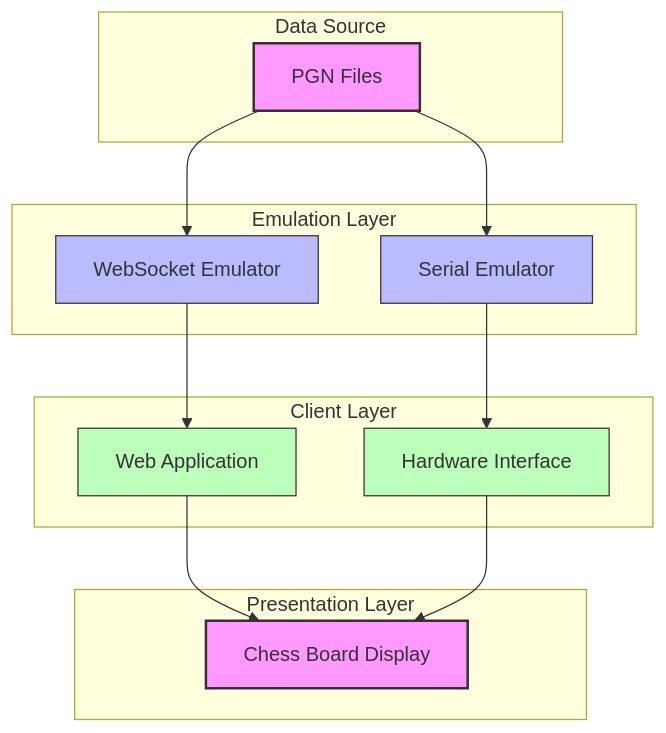
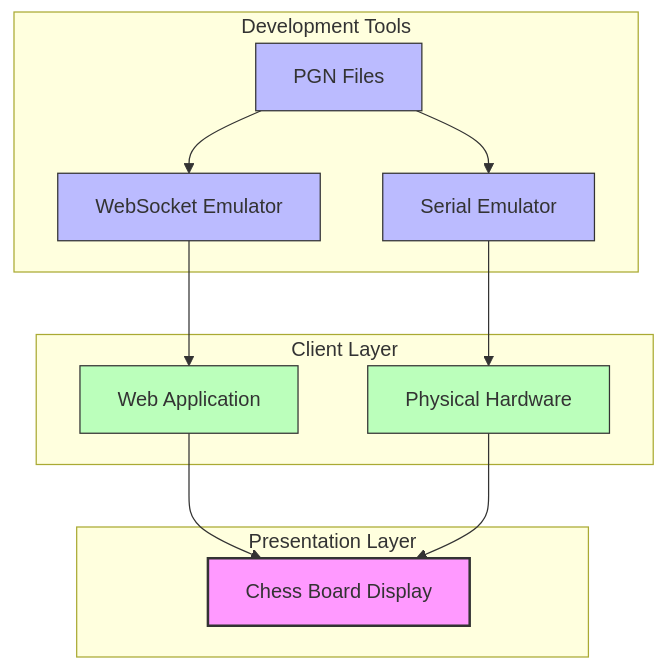
One commit to lklkevin/chesslink changed the second of 8 diagrams in simulation_architecture.md. Above: the diagram before and after it, drawn with Mermaid. The commit also changed other lines of this file, not shown here.

Commit message:
Update architecture document to focus on physical hardware as primary use case

````diff
--- a/simulation_architecture.md
+++ b/simulation_architecture.md
@@ -18,36 +98,32 @@
 ```mermaid
 graph TB
-    subgraph "Data Source"
+    subgraph "Development Tools"
         PGN[PGN Files]
-    end
-
-    subgraph "Emulation Layer"
         WSE[WebSocket Emulator]
         SE[Serial Emulator]
     end
 
     subgraph "Client Layer"
         WA[Web Application]
-        HW[Hardware Interface]
+        HW[Physical Hardware]
     end
 
     subgraph "Presentation Layer"
         CB[Chess Board Display]
     end
 
     PGN --> WSE
     PGN --> SE
     WSE --> WA
     SE --> HW
     WA --> CB
     HW --> CB
 
-    classDef primary fill:#f9f,stroke:#333,stroke-width:2px
-    classDef secondary fill:#bbf,stroke:#333,stroke-width:1px
-    classDef tertiary fill:#bfb,stroke:#333,stroke-width:1px
+    classDef dev fill:#bbf,stroke:#333,stroke-width:1px
+    classDef client fill:#bfb,stroke:#333,stroke-width:1px
+    classDef presentation fill:#f9f,stroke:#333,stroke-width:2px
     
-    class PGN primary
-    class WSE,SE secondary
-    class WA,HW tertiary
-    class CB primary
+    class PGN,WSE,SE dev
+    class WA,HW client
+    class CB presentation
 ```
````
